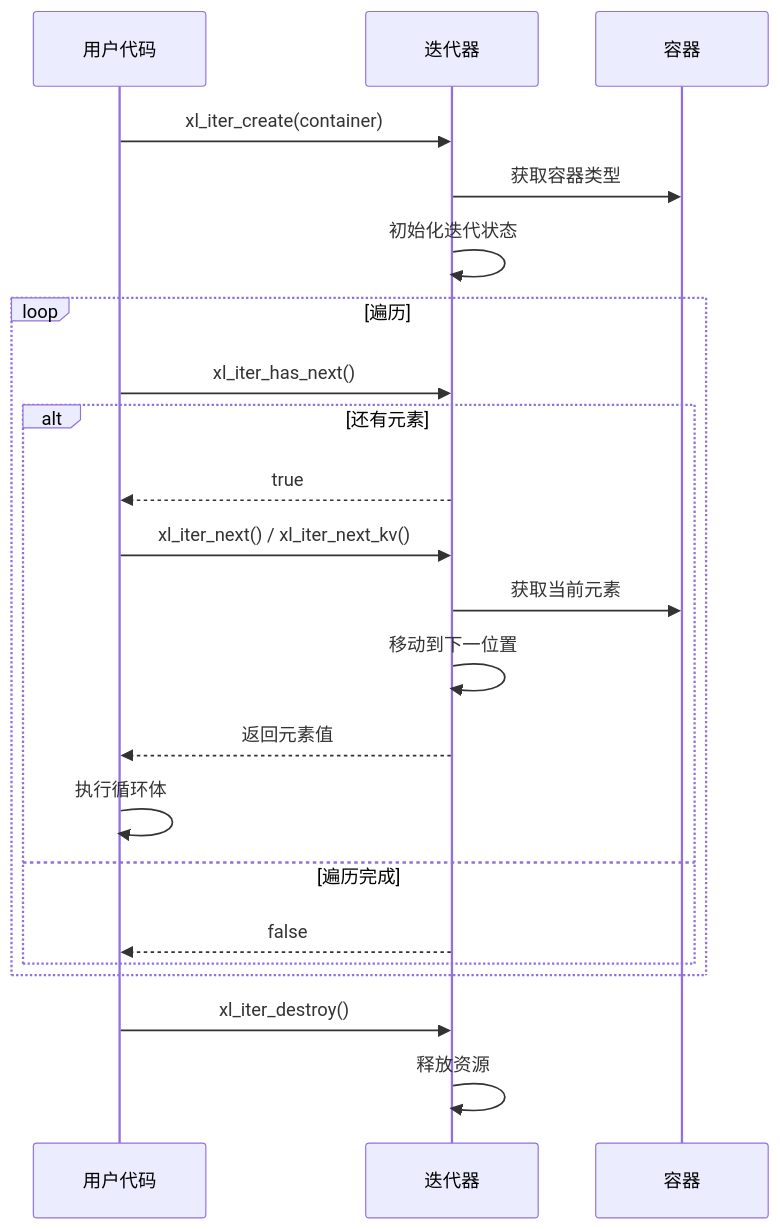
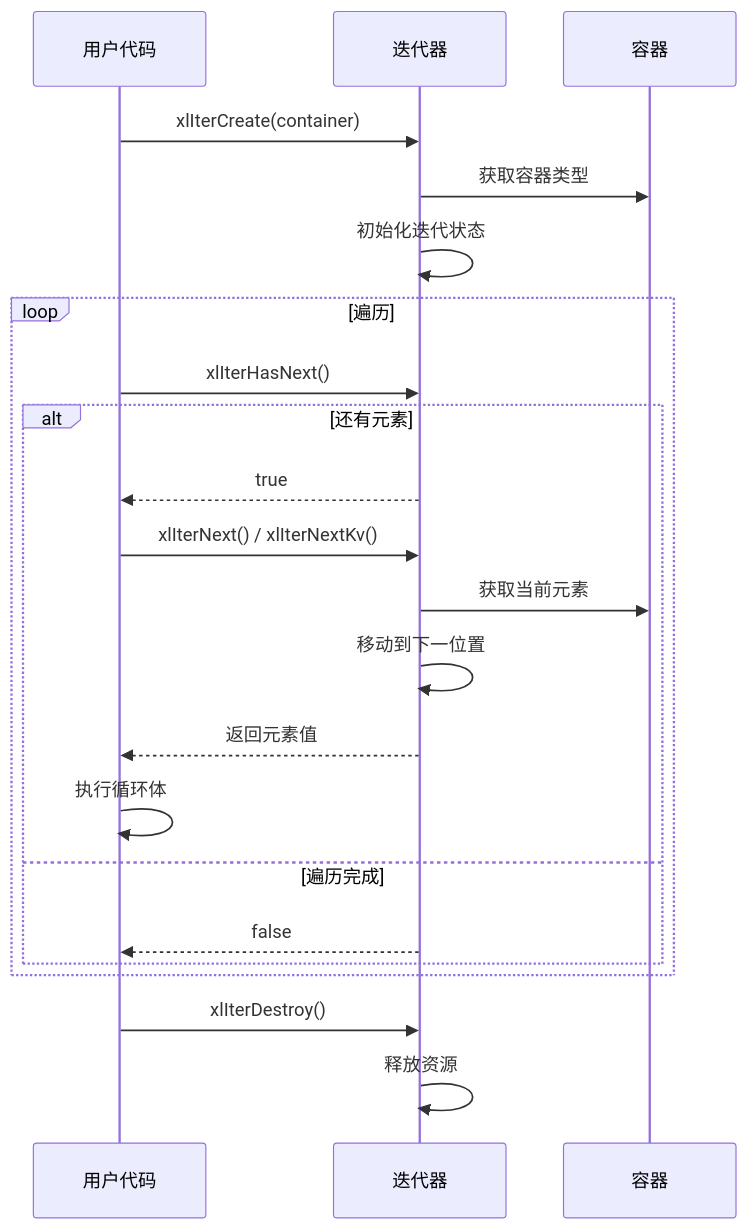
One commit to xywhsoft/xlang changed the tenth of 10 diagrams in spec.md. Above: the diagram before and after it, drawn with Mermaid. The commit also changed other lines of this file, not shown here.

````diff
--- a/spec.md
+++ b/spec.md
@@ -3058,27 +3104,27 @@
 ```mermaid
 sequenceDiagram
     participant Code as 用户代码
     participant Iter as 迭代器
     participant Container as 容器
     
-    Code->>Iter: xl_iter_create(container)
+    Code->>Iter: xlIterCreate(container)
     Iter->>Container: 获取容器类型
     Iter->>Iter: 初始化迭代状态
     
     loop 遍历
-        Code->>Iter: xl_iter_has_next()
+        Code->>Iter: xlIterHasNext()
         alt 还有元素
             Iter-->>Code: true
-            Code->>Iter: xl_iter_next() / xl_iter_next_kv()
+            Code->>Iter: xlIterNext() / xlIterNextKv()
             Iter->>Container: 获取当前元素
             Iter->>Iter: 移动到下一位置
             Iter-->>Code: 返回元素值
             Code->>Code: 执行循环体
         else 遍历完成
             Iter-->>Code: false
         end
     end
     
-    Code->>Iter: xl_iter_destroy()
+    Code->>Iter: xlIterDestroy()
     Iter->>Iter: 释放资源
 ```
````
